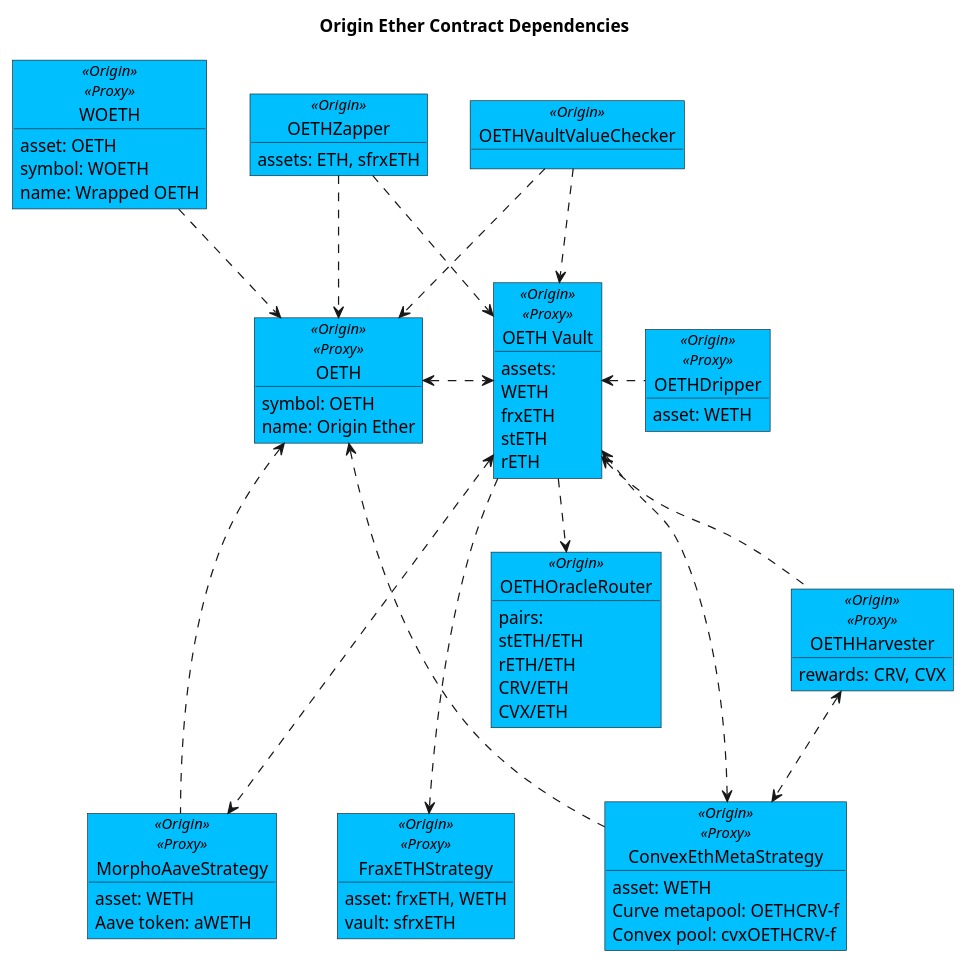
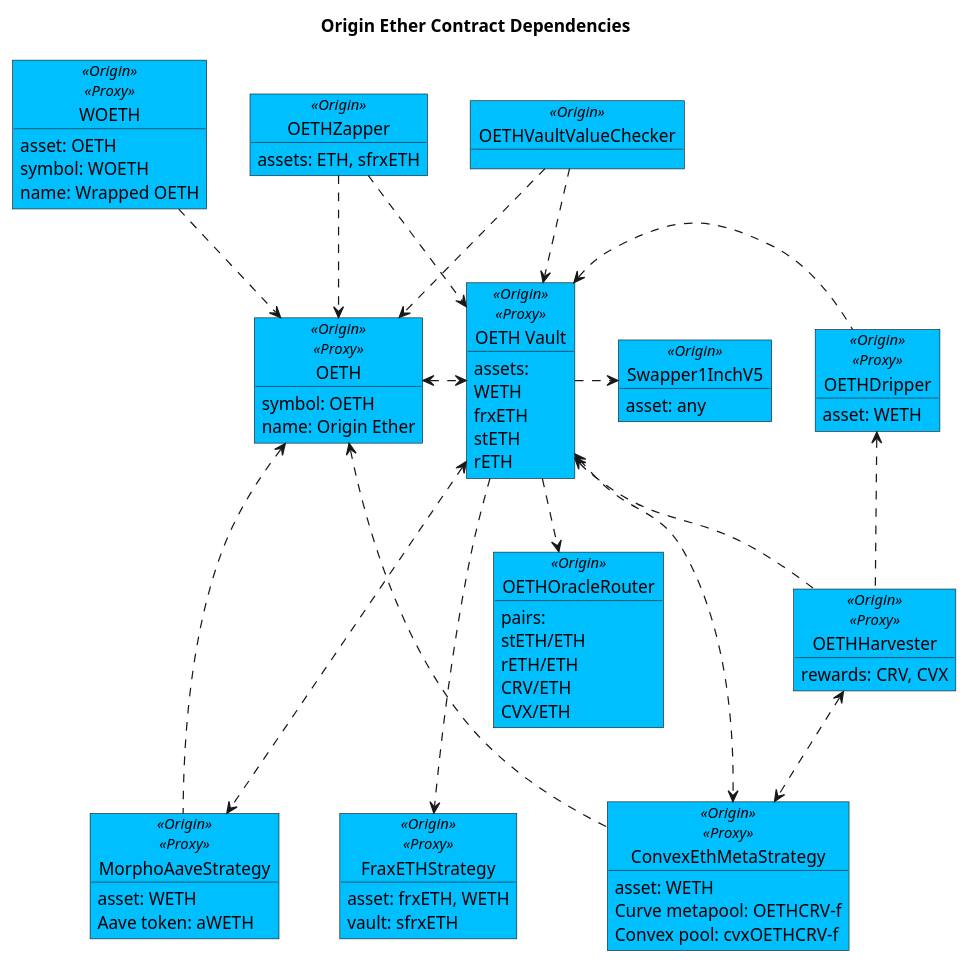
One commit to OriginProtocol/origin-dollar changed the diagram in contracts/docs/plantuml/oethContracts.puml. Above: the diagram before and after it, drawn with PlantUML. The commit also changed 16 other files, not shown here.

```diff
--- a/contracts/docs/plantuml/oethContracts.puml
+++ b/contracts/docs/plantuml/oethContracts.puml
@@ -30,6 +30,10 @@
   frxETH
   stETH
   rETH
+}
+
+object "Swapper1InchV5" as swap <<Origin>> #DeepSkyBlue {
+    asset: any
 }
 
 object "OETHHarvester" as harv <<Origin>><<Proxy>> #DeepSkyBlue {
@@ -157,6 +161,7 @@
 checker ..> oethv
 
 oethv <.. harv 
+drip <.. harv 
 ' harv ...> sushi
 ' harv ...> cvx
 ' harv ...> crv
@@ -164,6 +169,7 @@
 woeth ..> oeth
 oeth <.> oethv
 oethv ..> oracle
+oethv .> swap
 ' oracle ...> chain
 
 
```
